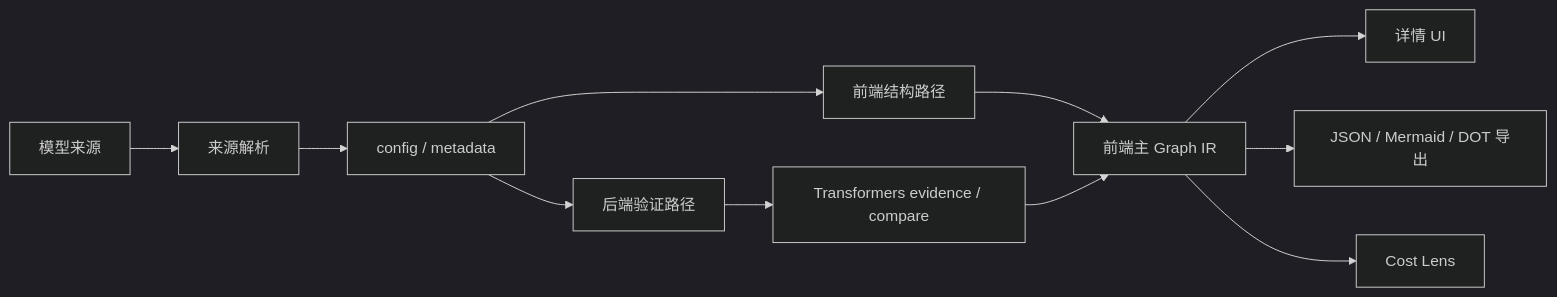
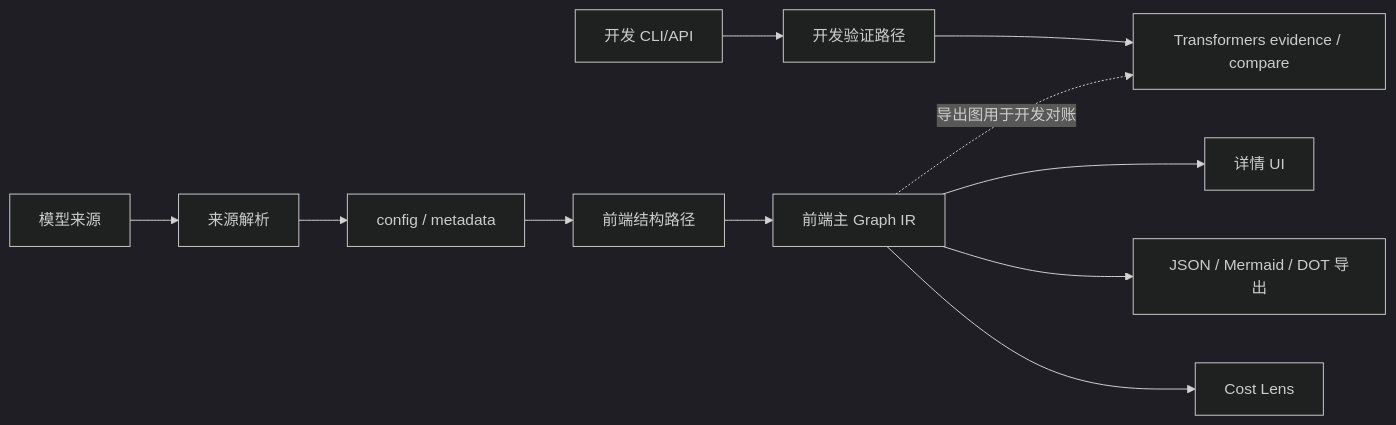
Before and after one commit to KinChow/model-structure-viewer: the diagram in docs/architecture.md, drawn with Mermaid (dark theme). The commit also changed other lines of this file and 14 other files, not shown here.

````diff
--- a/docs/architecture.md
+++ b/docs/architecture.md
@@ -9,13 +9,13 @@
 ```mermaid
 flowchart LR
   S[模型来源] --> R[来源解析]
   R --> C[config / metadata]
   C --> F[前端结构路径]
-  C --> B[后端验证路径]
+  D[开发 CLI/API] --> B[开发验证路径]
   F --> IR[前端主 Graph IR]
   B --> O[Transformers evidence / compare]
-  O --> IR
+  IR -. 导出图用于开发对账 .-> O
   IR --> V[详情 UI]
   IR --> E[JSON / Mermaid / DOT 导出]
   IR --> L[Cost Lens]
 ```
````
